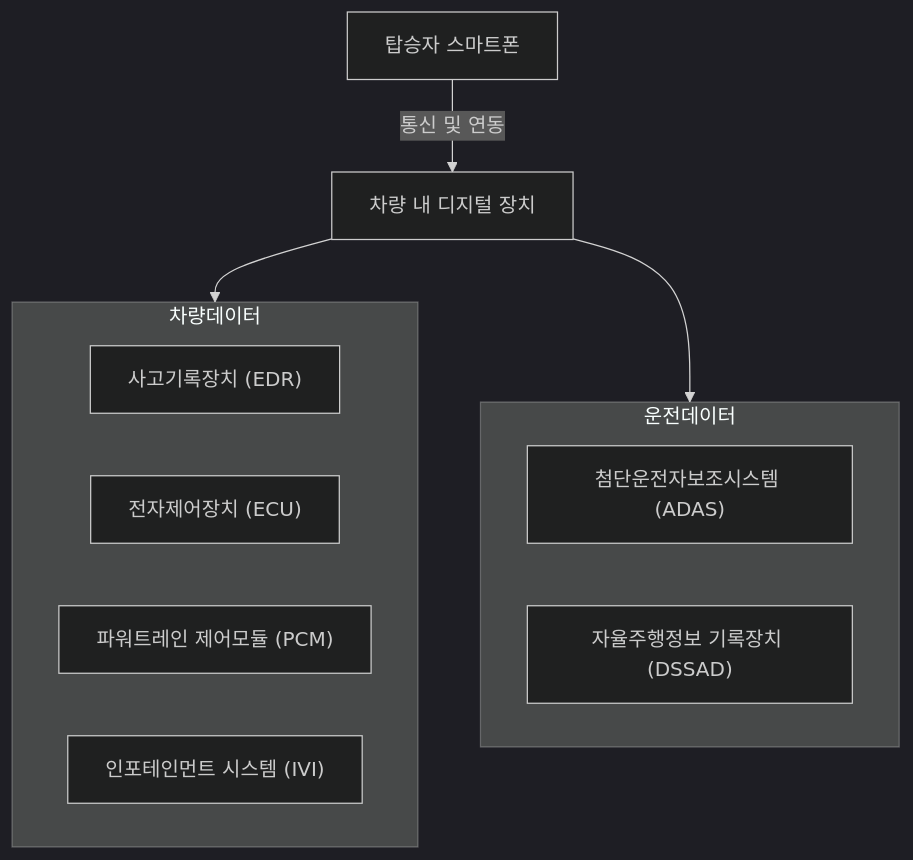
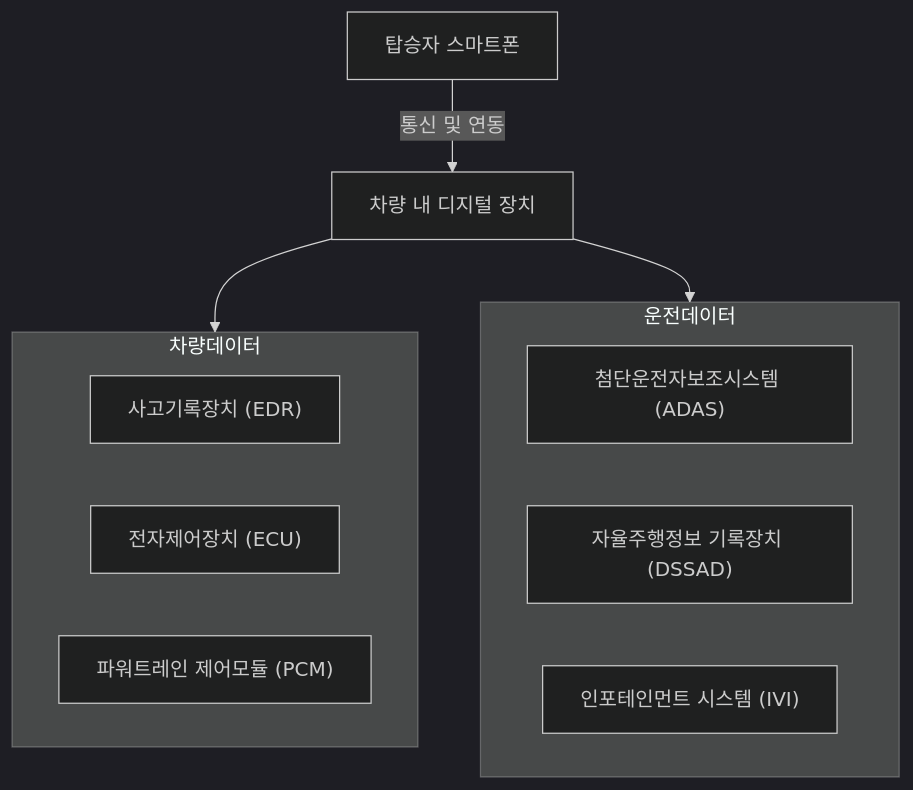
One commit to gracefullight/gracefullight.github.io changed the diagram in blog/pe/sec/vehicle-digital-forensics.md. Above: the diagram before and after it, drawn with Mermaid (dark theme). The commit also changed other lines of this file, not shown here.

````diff
--- a/blog/pe/sec/vehicle-digital-forensics.md
+++ b/blog/pe/sec/vehicle-digital-forensics.md
@@ -21,22 +21,22 @@
 ```mermaid
 graph TB
   스마트폰["탑승자 스마트폰"]
   차량["차량 내 디지털 장치"]
 
   subgraph 차량데이터
     direction LR
     EDR["사고기록장치 (EDR)"]
     ECU["전자제어장치 (ECU)"]
     PCM["파워트레인 제어모듈 (PCM)"]
-    IVI["인포테인먼트 시스템 (IVI)"]
   end
 
   subgraph 운전데이터
     ADAS["첨단운전자보조시스템 (ADAS)"]
     DSSAD["자율주행정보 기록장치 (DSSAD)"]
+    IVI["인포테인먼트 시스템 (IVI)"]
   end
 
   스마트폰 -->|통신 및 연동| 차량
   차량 --> 차량데이터
   차량 --> 운전데이터
 ```
````
